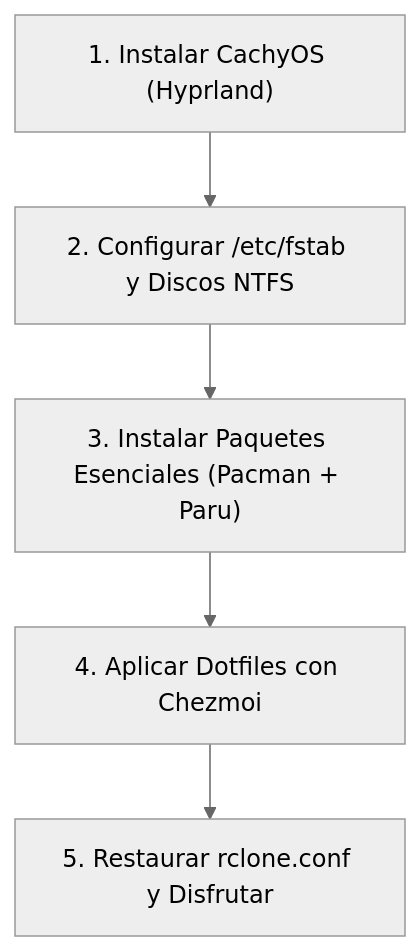
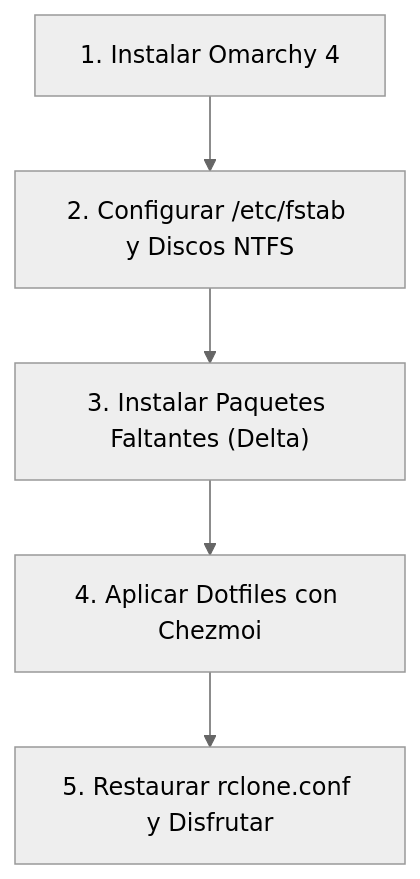
The first of 2 diagrams in README.md (lumusitech/dotfiles), drawn with Mermaid (neutral theme) before and after one commit. The commit also changed other lines of this file and 80 other files, not shown here.

````diff
--- a/README.md
+++ b/README.md
@@ -74,7 +62,7 @@
 ```mermaid
 flowchart TD
-    A["1. Instalar CachyOS (Hyprland)"] --> B["2. Configurar /etc/fstab y Discos NTFS"]
-    B --> C["3. Instalar Paquetes Esenciales (Pacman + Paru)"]
+    A["1. Instalar Omarchy 4"] --> B["2. Configurar /etc/fstab y Discos NTFS"]
+    B --> C["3. Instalar Paquetes Faltantes (Delta)"]
     C --> D["4. Aplicar Dotfiles con Chezmoi"]
     D --> E["5. Restaurar rclone.conf y Disfrutar"]
 ```
````
